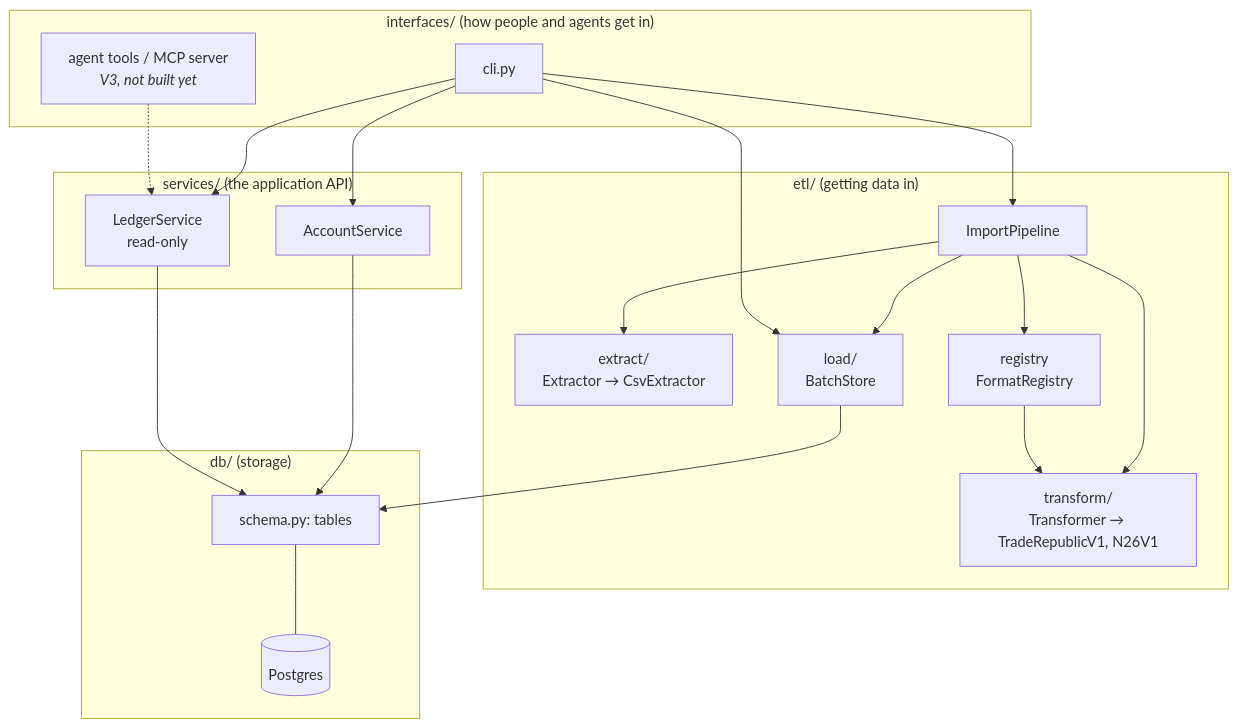
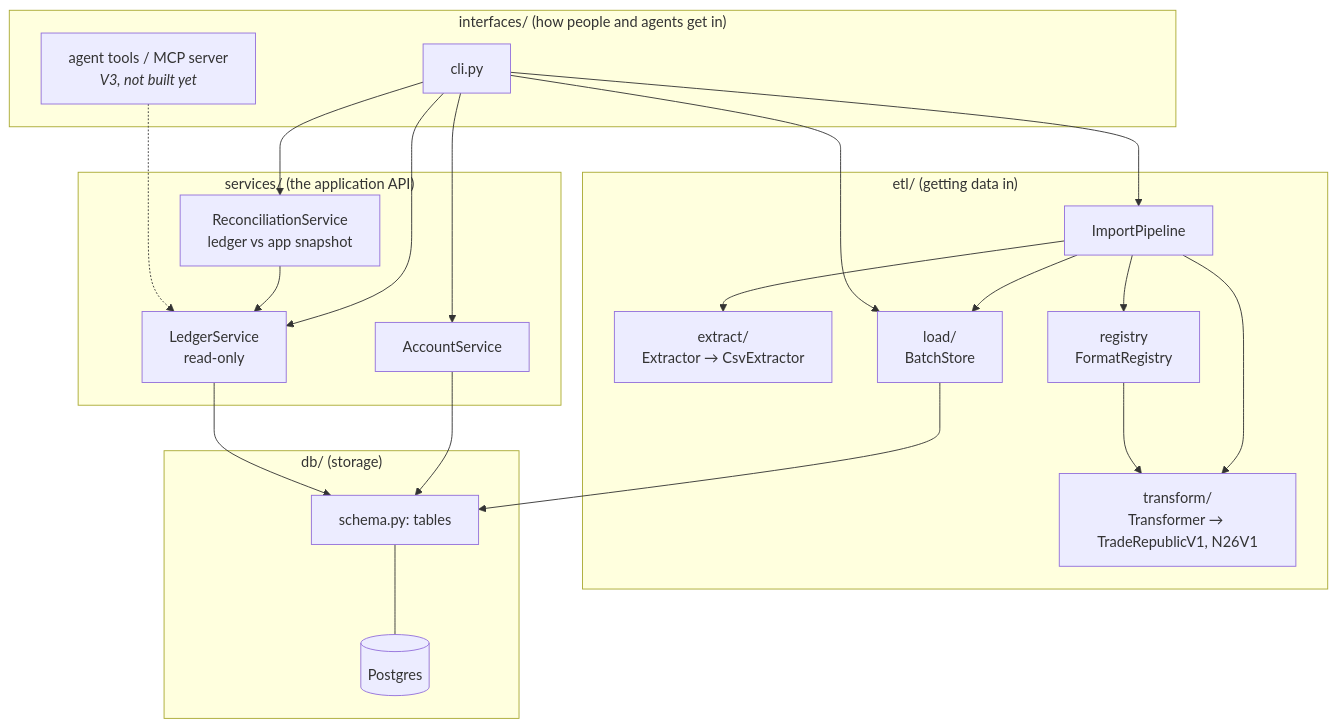
Before and after one commit to jui-hung-yuan/our-pocket: the first of 4 diagrams in docs/architecture.md, drawn with Mermaid. The commit also changed 7 other files, not shown here.

First line of the commit message:
Reconcile the ledger against a hand-typed app snapshot

````diff
--- a/docs/architecture.md
+++ b/docs/architecture.md
@@ -9,40 +9,43 @@
 ```mermaid
 flowchart TB
     subgraph interfaces["interfaces/  (how people and agents get in)"]
         CLI["cli.py"]
         TOOLS["agent tools / MCP server<br/><i>V3, not built yet</i>"]
     end
 
     subgraph services["services/  (the application API)"]
         ACC["AccountService"]
         LED["LedgerService<br/>read-only"]
+        REC["ReconciliationService<br/>ledger vs app snapshot"]
     end
 
     subgraph etl["etl/  (getting data in)"]
         PIPE["ImportPipeline"]
         EX["extract/<br/>Extractor → CsvExtractor"]
         REG["registry<br/>FormatRegistry"]
         TR["transform/<br/>Transformer → TradeRepublicV1, N26V1"]
         LD["load/<br/>BatchStore"]
         PIPE --> EX
         PIPE --> REG
         PIPE --> TR
         PIPE --> LD
         REG --> TR
     end
 
     subgraph db["db/  (storage)"]
         SCHEMA["schema.py: tables"]
         PG[("Postgres")]
     end
 
     CLI --> ACC
     CLI --> LED
+    CLI --> REC
+    REC --> LED
     CLI --> PIPE
     CLI --> LD
     TOOLS -.-> LED
     ACC --> SCHEMA
     LED --> SCHEMA
     LD --> SCHEMA
     SCHEMA --- PG
 ```
````
